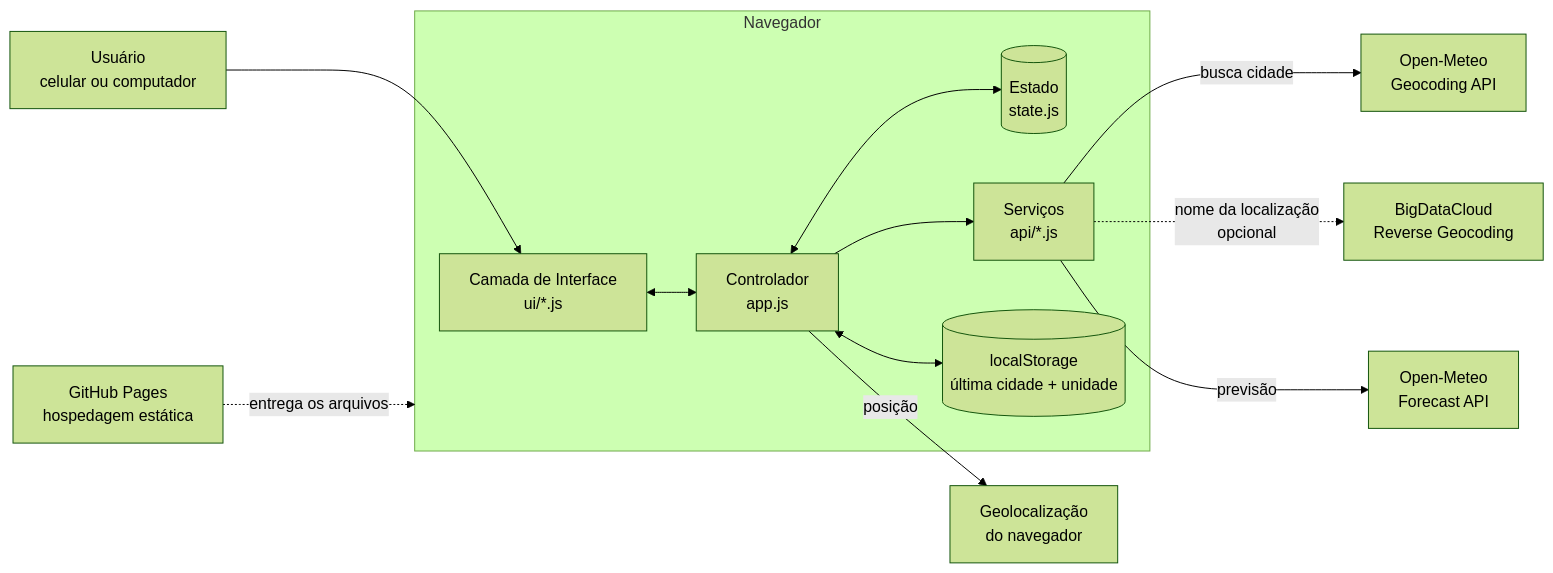
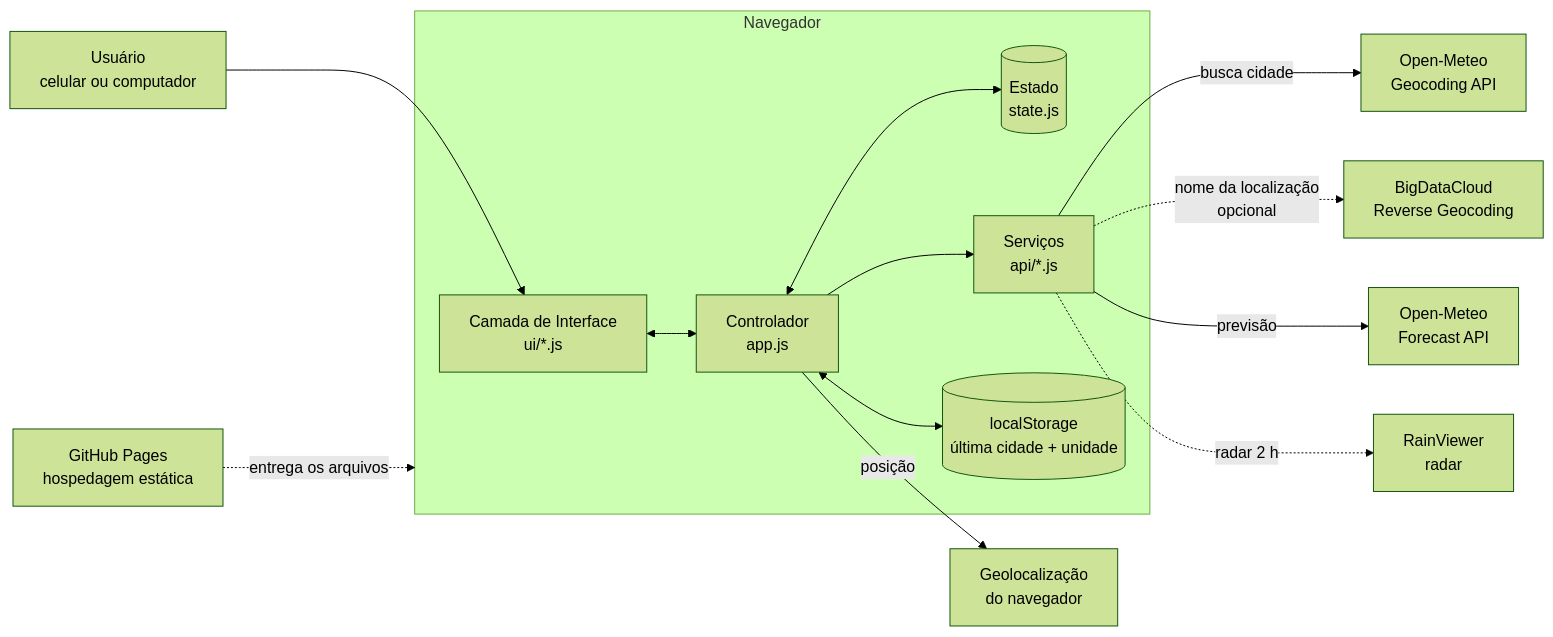
One commit to dalmoacosta-EmetOS/previsao-tempo changed the first of 2 diagrams in docs/02-arquitetura.md. Above: the diagram before and after it, drawn with Mermaid (forest theme). The commit also changed other lines of this file and 9 other files, not shown here.

````diff
--- a/docs/02-arquitetura.md
+++ b/docs/02-arquitetura.md
@@ -7,23 +7,24 @@
 ```mermaid
 flowchart LR
     U[Usuário<br/>celular ou computador] --> UI
 
     subgraph Navegador
         UI[Camada de Interface<br/>ui/*.js]
         APP[Controlador<br/>app.js]
         STATE[(Estado<br/>state.js)]
         SVC[Serviços<br/>api/*.js]
         STORE[(localStorage<br/>última cidade + unidade)]
         UI <--> APP
         APP <--> STATE
         APP --> SVC
         APP <--> STORE
     end
 
     SVC -->|busca cidade| GEO[Open-Meteo<br/>Geocoding API]
     SVC -.->|nome da localização<br/>opcional| RG[BigDataCloud<br/>Reverse Geocoding]
     SVC -->|previsão| FC[Open-Meteo<br/>Forecast API]
+    SVC -.->|radar 2 h| RV[RainViewer<br/>radar]
     APP -->|posição| GPS[Geolocalização<br/>do navegador]
 
     HOST[GitHub Pages<br/>hospedagem estática] -. entrega os arquivos .-> Navegador
 ```
````
